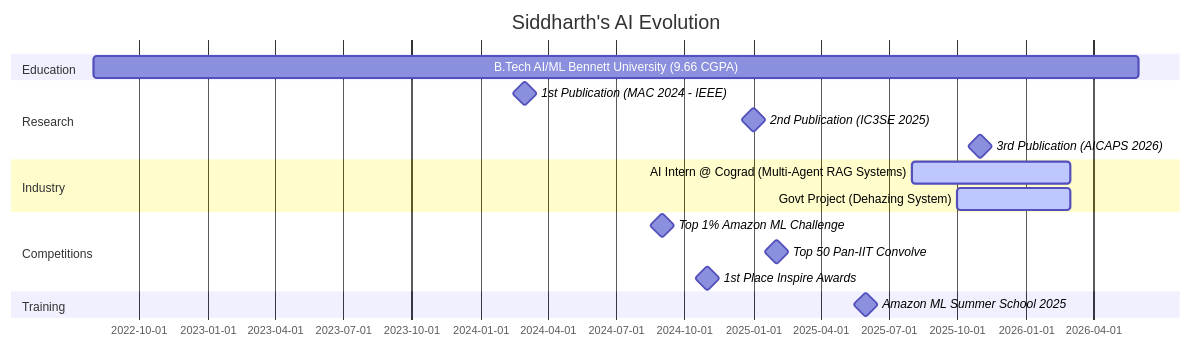
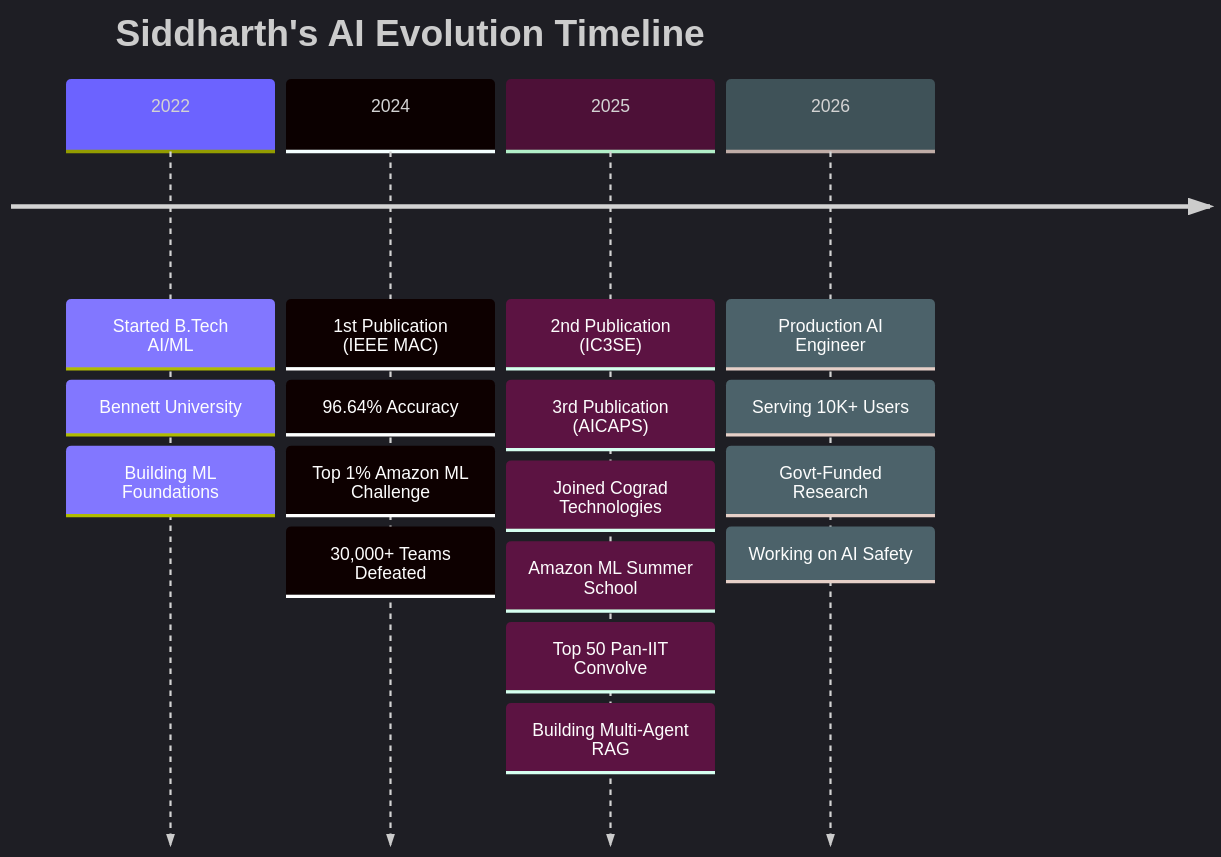
One commit to sidd707/sidd707 changed the diagram in README.md. Above: the diagram before and after it, drawn with Mermaid. The commit also changed other lines of this file, not shown here.

````diff
--- a/README.md
+++ b/README.md
@@ -638,24 +217,27 @@
 ```mermaid
-gantt
-    title Siddharth's AI Evolution
-    dateFormat  YYYY-MM
-    section Education
-    B.Tech AI/ML Bennett University (9.66 CGPA)           :2022-08, 2026-06
+%%{init: {'theme':'dark', 'themeVariables': { 'primaryColor':'#6C63FF', 'primaryTextColor':'#fff', 'primaryBorderColor':'#FF6B6B', 'lineColor':'#6C63FF', 'secondaryColor':'#0D1117', 'tertiaryColor':'#16213E'}}}%%
+
+timeline
+    title Siddharth's AI Evolution Timeline
     
-    section Research
-    1st Publication (MAC 2024 - IEEE)                     :milestone, 2024-03, 0d
-    2nd Publication (IC3SE 2025)                          :milestone, 2025-01, 0d
-    3rd Publication (AICAPS 2026)                         :milestone, 2025-11, 0d
+    2022 : Started B.Tech AI/ML
+         : Bennett University
+         : Building ML Foundations
     
-    section Industry
-    AI Intern @ Cograd (Multi-Agent RAG Systems)          :active, 2025-08, 2026-03
-    Govt Project (Dehazing System)                        :active, 2025-10, 2026-03
+    2024 : 1st Publication (IEEE MAC)
+         : 96.64% Accuracy
+         : Top 1% Amazon ML Challenge
+         : 30,000+ Teams Defeated
     
-    section Competitions
-    Top 1% Amazon ML Challenge                            :milestone, 2024-09, 0d
-    Top 50 Pan-IIT Convolve                               :milestone, 2025-02, 0d
-    1st Place Inspire Awards                              :milestone, 2024-11, 0d
+    2025 : 2nd Publication (IC3SE)
+         : 3rd Publication (AICAPS)
+         : Joined Cograd Technologies
+         : Amazon ML Summer School
+         : Top 50 Pan-IIT Convolve
+         : Building Multi-Agent RAG
     
-    section Training
-    Amazon ML Summer School 2025                          :milestone, 2025-06, 0d
+    2026 : Production AI Engineer
+         : Serving 10K+ Users
+         : Govt-Funded Research
+         : Working on AI Safety
 ```
````
